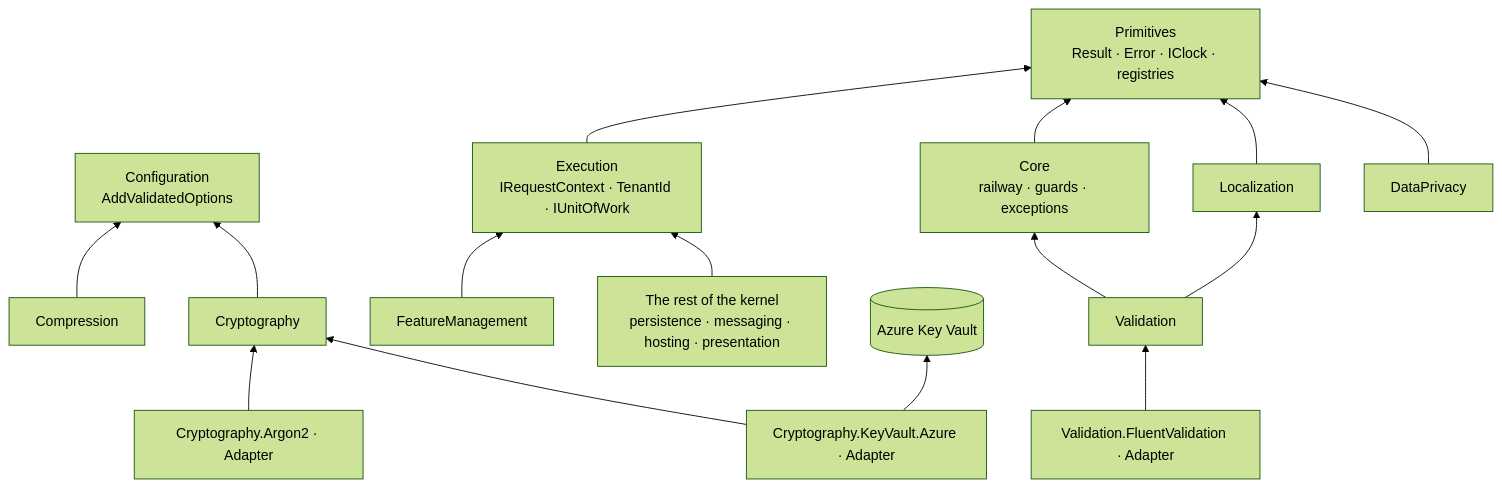
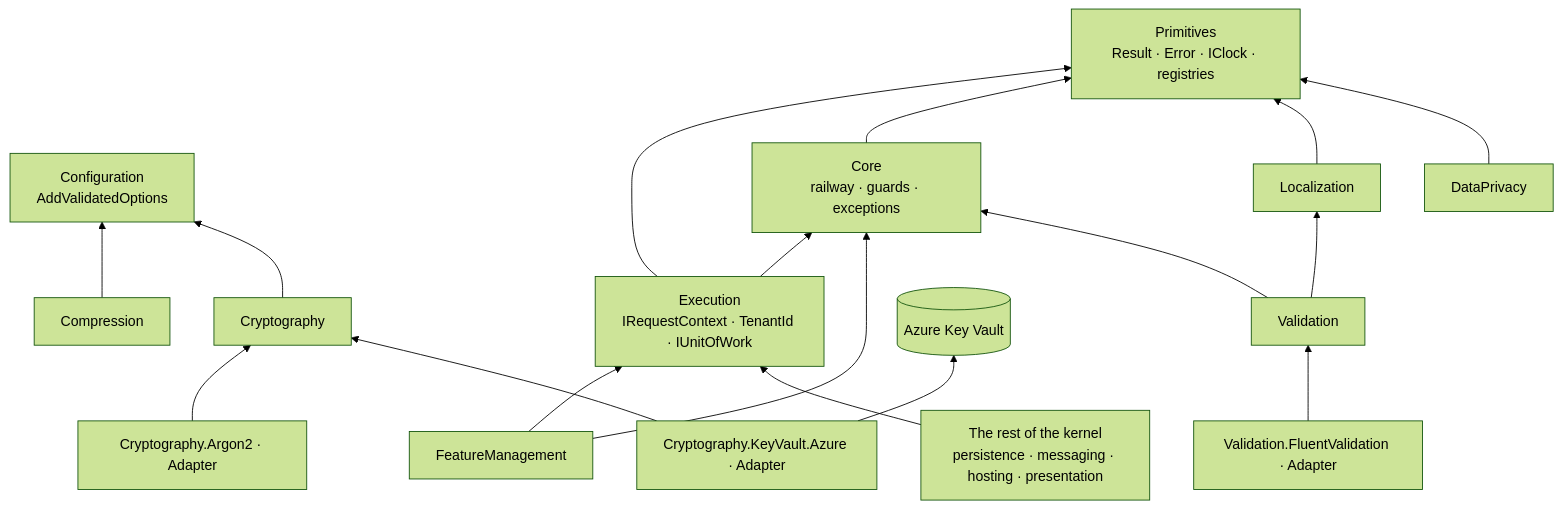
Before and after one commit to Gresta-Vertex-Labs/platform-shared-kernel: the diagram in src/Foundation/README.md, drawn with Mermaid (forest theme). The commit also changed 1494 other files, not shown here.

````diff
--- a/src/Foundation/README.md
+++ b/src/Foundation/README.md
@@ -76,19 +76,21 @@
 ```mermaid
 flowchart BT
     Primitives["Primitives<br/>Result · Error · IClock · registries"]
     Configuration["Configuration<br/>AddValidatedOptions"]
     Execution["Execution<br/>IRequestContext · TenantId · IUnitOfWork"] --> Primitives
+    Execution --> Core
     Core["Core<br/>railway · guards · exceptions"] --> Primitives
     Localization["Localization"] --> Primitives
     DataPrivacy["DataPrivacy"] --> Primitives
     FeatureManagement["FeatureManagement"] --> Execution
+    FeatureManagement --> Core
     Compression["Compression"] --> Configuration
     Cryptography["Cryptography"] --> Configuration
     Validation["Validation"] --> Core
     Validation --> Localization
     Argon2["Cryptography.Argon2 · Adapter"] --> Cryptography
     KeyVault["Cryptography.KeyVault.Azure · Adapter"] --> Cryptography
     KeyVault --> AKV[("Azure Key Vault")]
     FluentValidation["Validation.FluentValidation · Adapter"] --> Validation
     Rest["The rest of the kernel<br/>persistence · messaging · hosting · presentation"] --> Execution
 ```
````
